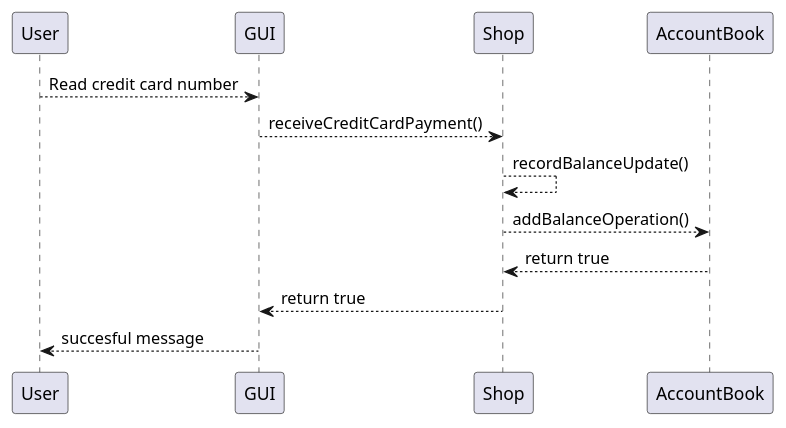
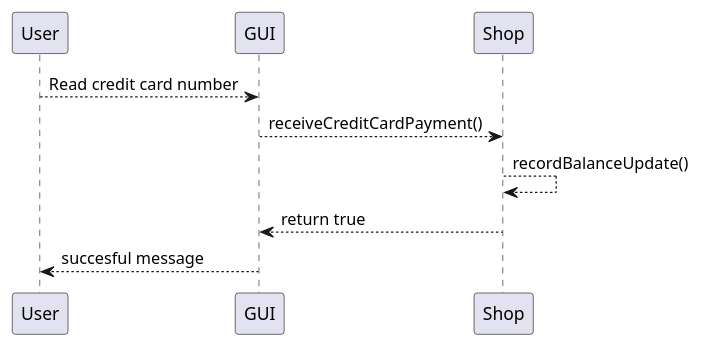
Diagram 13 of 18 in Deliverables/DesignDocument.md (Stormz4/group20-EzShop), drawn with PlantUML before and after one commit. The commit also changed other lines of this file, not shown here.

Commit message:
Doc: Modified various UC sequence

````diff
--- a/Deliverables/DesignDocument.md
+++ b/Deliverables/DesignDocument.md
@@ -505,11 +502,9 @@
 ```plantuml
 @startuml
 User --> GUI: Read credit card number
 GUI --> Shop: receiveCreditCardPayment()
 Shop --> Shop: recordBalanceUpdate()
-Shop --> AccountBook: addBalanceOperation()
-AccountBook --> Shop: return true
 Shop --> GUI: return true
 GUI --> User: succesful message
 @enduml
 ```
````
